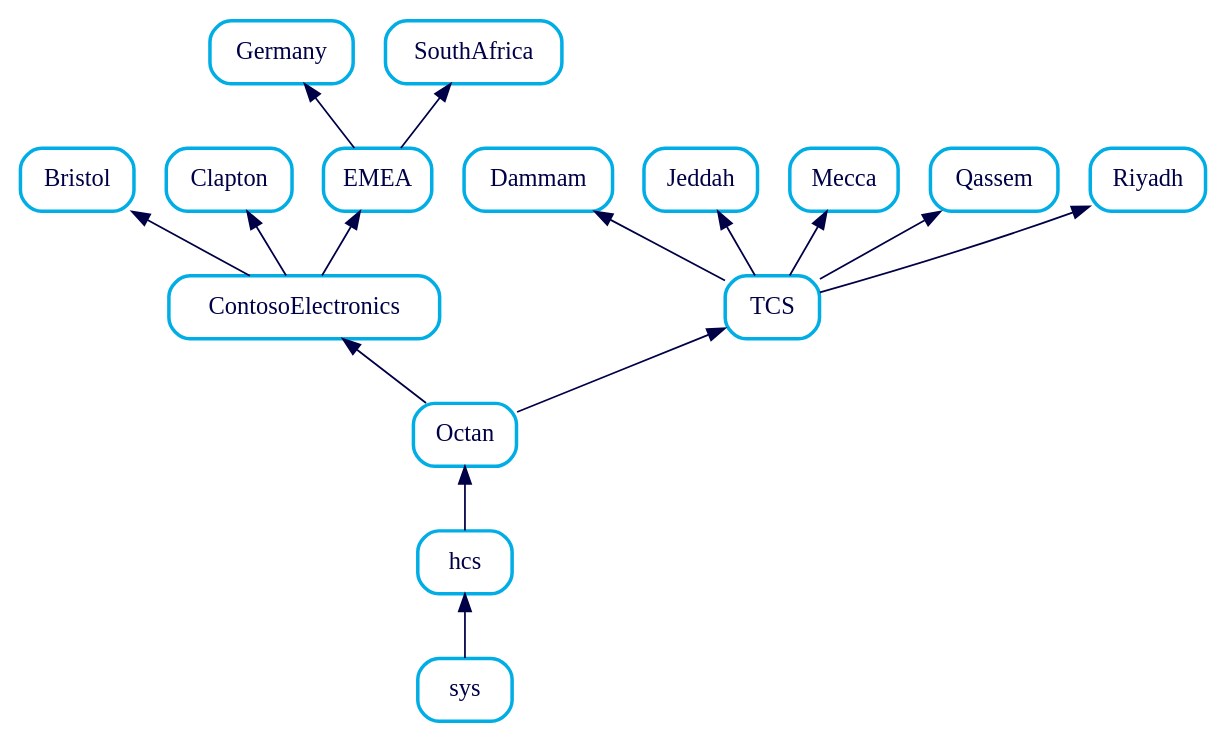
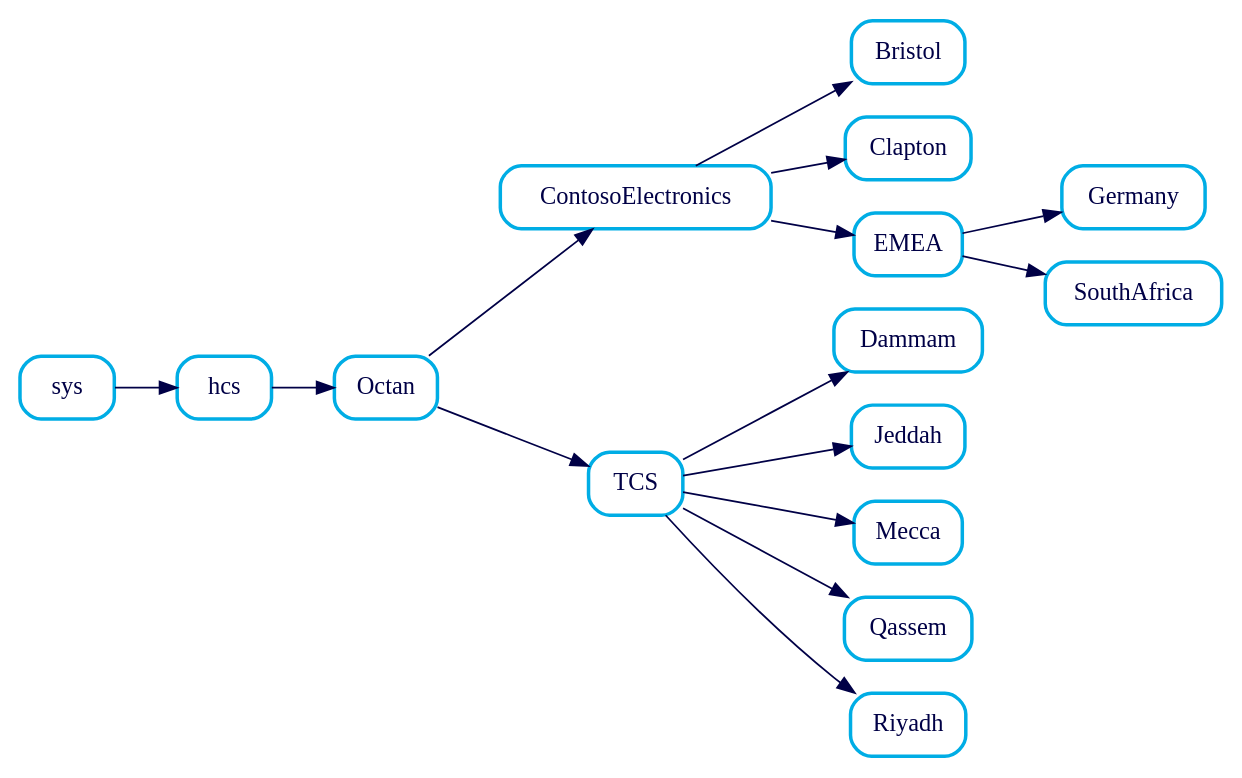
The diagram in data/voss_hierarchy.dot (rafterv/hierarchy-viewer), drawn with Graphviz before and after one commit. The commit also changed 2 other files, not shown here.

```diff
--- a/data/voss_hierarchy.dot
+++ b/data/voss_hierarchy.dot
@@ -1,33 +1,33 @@
 digraph d {
-	graph [rankdir="BT"; compound="True" color="Gray"];
+	graph [rankdir="LR"; compound="True" color="Gray"];
 	node [shape="Mrecord" style="bold" color="#00ade5" fontcolor="#000046"]	edge [color="#000046"];
 	nhcs [label="hcs"];
 	nOctan [label="Octan"];
 	nContosoElectronics [label="ContosoElectronics"];
 	nBristol [label="Bristol"];
 	nClapton [label="Clapton"];
 	nEMEA [label="EMEA"];
 	nGermany [label="Germany"];
 	nSouthAfrica [label="SouthAfrica"];
 	nTCS [label="TCS"];
 	nDammam [label="Dammam"];
 	nJeddah [label="Jeddah"];
 	nMecca [label="Mecca"];
 	nQassem [label="Qassem"];
 	nRiyadh [label="Riyadh"];
 	nsys [label="sys"];
 	nsys -> nhcs;
 	nhcs -> nOctan;
 	nOctan -> nContosoElectronics;
 	nContosoElectronics -> nBristol;
 	nContosoElectronics -> nClapton;
 	nContosoElectronics -> nEMEA;
 	nEMEA -> nGermany;
 	nEMEA -> nSouthAfrica;
 	nOctan -> nTCS;
 	nTCS -> nDammam;
 	nTCS -> nJeddah;
 	nTCS -> nMecca;
 	nTCS -> nQassem;
 	nTCS -> nRiyadh;
 }
```
